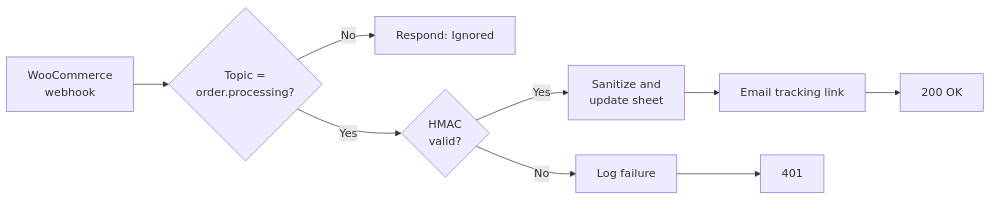
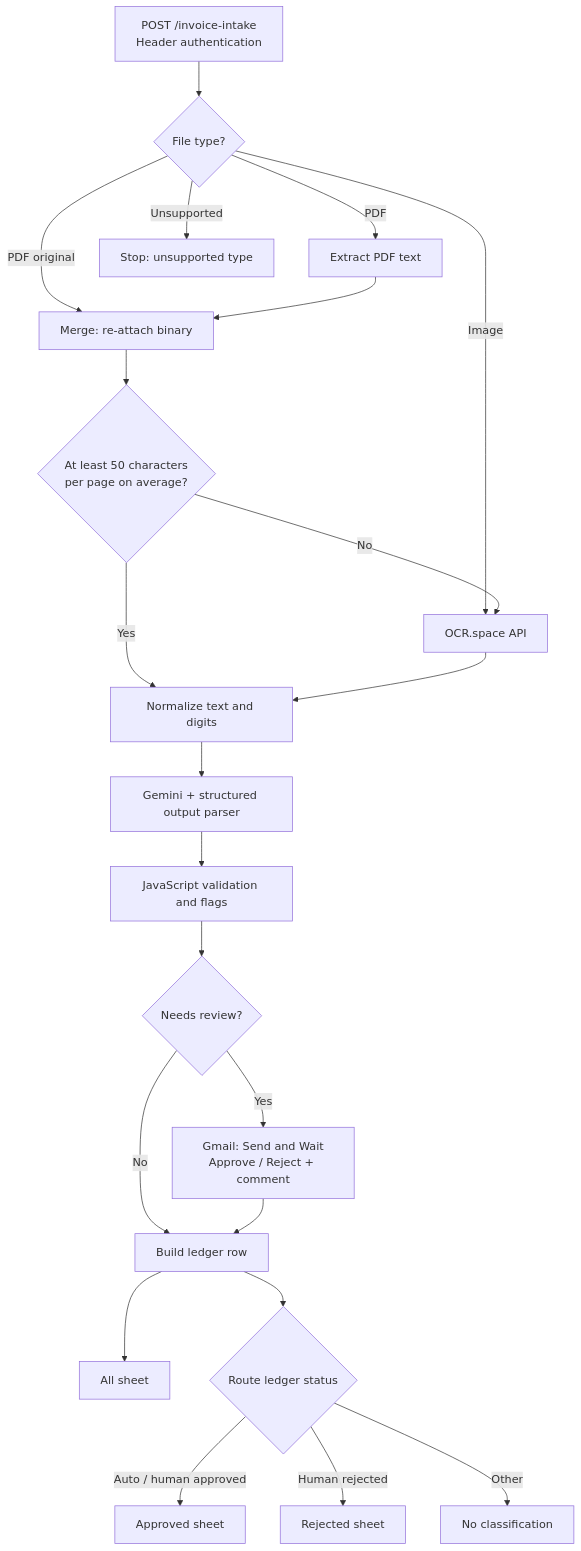
Before and after one commit to Omar-Ayman0/n8n-ai-automation-projects: the diagram in README.md, drawn with Mermaid. The commit also changed other lines of this file and 7 other files, not shown here.

````diff
--- a/README.md
+++ b/README.md
@@ -63,8 +23,24 @@
 ```mermaid
-flowchart LR
-    A["WooCommerce<br/>webhook"] --> B{"Topic =<br/>order.processing?"}
-    B -- "No" --> X["Respond: Ignored"]
-    B -- "Yes" --> C{"HMAC<br/>valid?"}
-    C -- "Yes" --> D["Sanitize and<br/>update sheet"] --> E["Email tracking link"] --> F["200 OK"]
-    C -- "No" --> G["Log failure"] --> H["401"]
+flowchart TD
+    WH["POST /invoice-intake<br/>Header authentication"] --> FT{"File type?"}
+    FT -- PDF --> PDF["Extract PDF text"]
+    FT -- PDF original --> M["Merge: re-attach binary"]
+    PDF --> M
+    M --> T{"At least 50 characters<br/>per page on average?"}
+    FT -- Image --> OCR["OCR.space API"]
+    FT -- Unsupported --> X["Stop: unsupported type"]
+    T -- No --> OCR
+    T -- Yes --> N["Normalize text and digits"]
+    OCR --> N
+    N --> L["Gemini + structured output parser"]
+    L --> V["JavaScript validation and flags"]
+    V --> R{"Needs review?"}
+    R -- Yes --> H["Gmail: Send and Wait<br/>Approve / Reject + comment"]
+    R -- No --> B["Build ledger row"]
+    H --> B
+    B --> A["All sheet"]
+    B --> S{"Route ledger status"}
+    S -- Auto / human approved --> P["Approved sheet"]
+    S -- Human rejected --> J["Rejected sheet"]
+    S -- Other --> U["No classification"]
 ```
````
